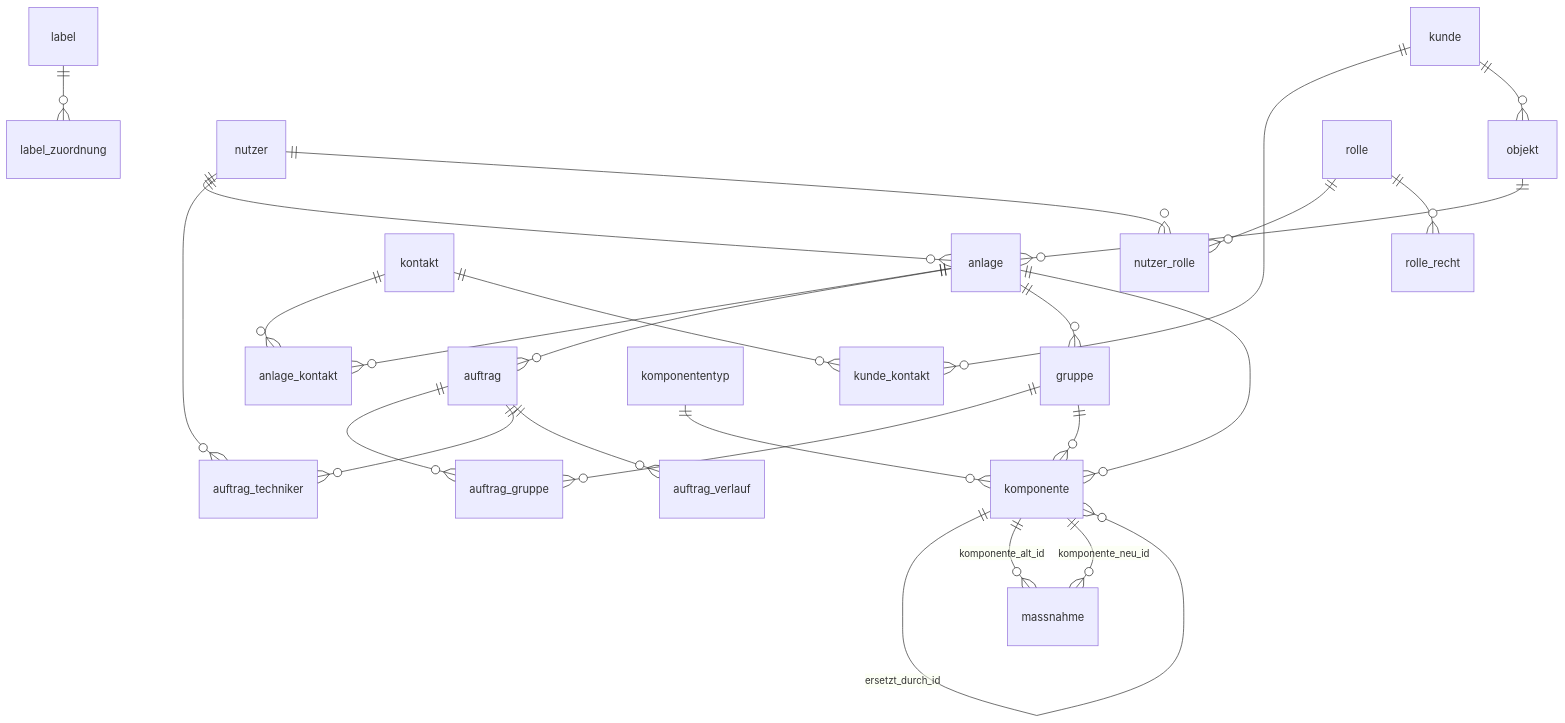
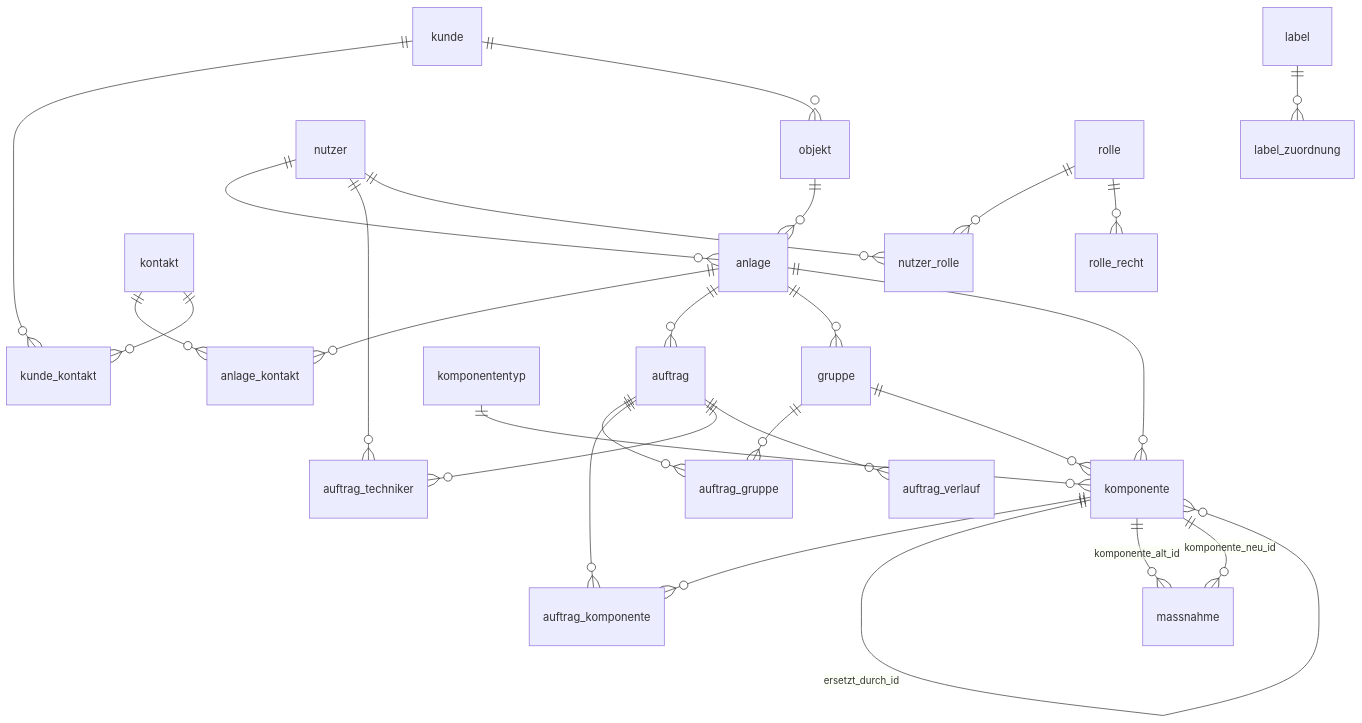
The second of 4 diagrams in docs/00-ueberblick.md (staubi0815/pgh-wartung), drawn with Mermaid before and after one commit. The commit also changed other lines of this file and 18 other files, not shown here.

````diff
--- a/docs/00-ueberblick.md
+++ b/docs/00-ueberblick.md
@@ -60,28 +60,30 @@
 ```mermaid
 erDiagram
     objekt ||--o{ anlage : ""
     nutzer ||--o{ anlage : ""
     anlage ||--o{ anlage_kontakt : ""
     kontakt ||--o{ anlage_kontakt : ""
     anlage ||--o{ auftrag : ""
     auftrag ||--o{ auftrag_gruppe : ""
     gruppe ||--o{ auftrag_gruppe : ""
+    auftrag ||--o{ auftrag_komponente : ""
+    komponente ||--o{ auftrag_komponente : ""
     auftrag ||--o{ auftrag_techniker : ""
     nutzer ||--o{ auftrag_techniker : ""
     auftrag ||--o{ auftrag_verlauf : ""
     anlage ||--o{ gruppe : ""
     anlage ||--o{ komponente : ""
     komponente ||--o{ komponente : "eltern_id"
     komponente ||--o{ komponente : "ersetzt_durch_id"
     gruppe ||--o{ komponente : ""
     komponententyp ||--o{ komponente : ""
     kontakt ||--o{ kunde_kontakt : ""
     kunde ||--o{ kunde_kontakt : ""
     label ||--o{ label_zuordnung : ""
     komponente ||--o{ massnahme : "komponente_alt_id"
     komponente ||--o{ massnahme : "komponente_neu_id"
     nutzer ||--o{ nutzer_rolle : ""
     rolle ||--o{ nutzer_rolle : ""
     kunde ||--o{ objekt : ""
     rolle ||--o{ rolle_recht : ""
 ```
````
